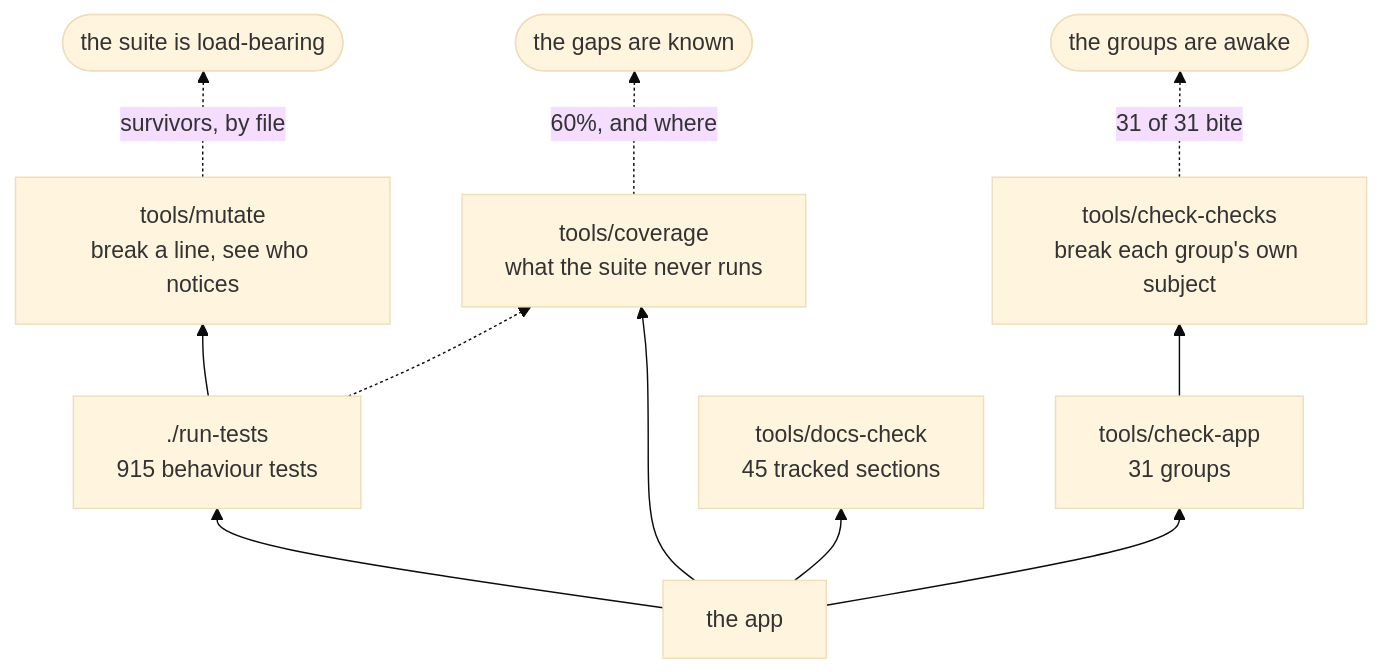
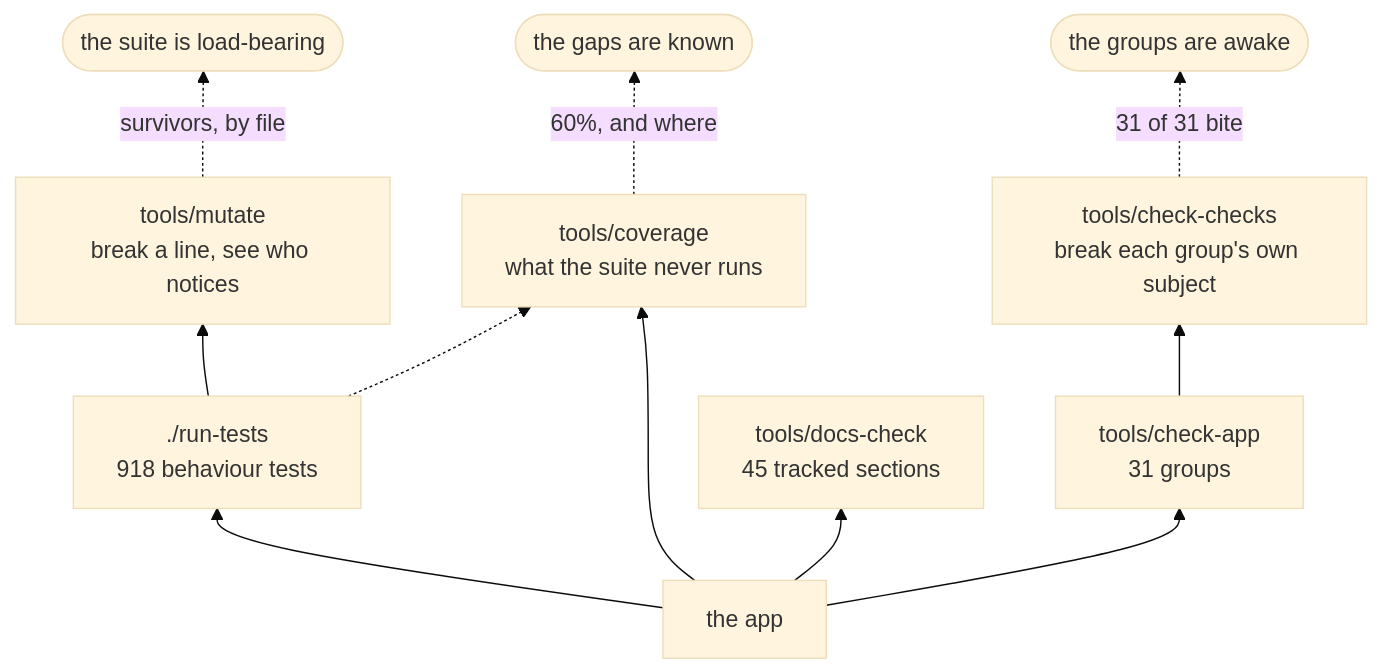
The second of 3 diagrams in docs/DEVELOPING.md (minormending/crystal-pilot-mobile), drawn with Mermaid (base theme) before and after one commit. The commit also changed other lines of this file and 4 other files, not shown here.

First line of the commit message:
The type chart verifier was asserting in English

````diff
--- a/docs/DEVELOPING.md
+++ b/docs/DEVELOPING.md
@@ -128,13 +128,13 @@
 ```mermaid
 flowchart BT
-    C["the app"] --> T["./run-tests<br/>915 behaviour tests"]
+    C["the app"] --> T["./run-tests<br/>918 behaviour tests"]
     C --> A["tools/check-app<br/>31 groups"]
     C --> D["tools/docs-check<br/>45 tracked sections"]
     C --> V["tools/coverage<br/>what the suite never runs"]
     T --> M["tools/mutate<br/>break a line, see who notices"]
     A --> K["tools/check-checks<br/>break each group's own subject"]
     T -.-> V
     M -.->|"survivors, by file"| R(["the suite is load-bearing"])
     K -.->|"31 of 31 bite"| R2(["the groups are awake"])
     V -.->|"60%, and where"| R3(["the gaps are known"])
 ```
````
